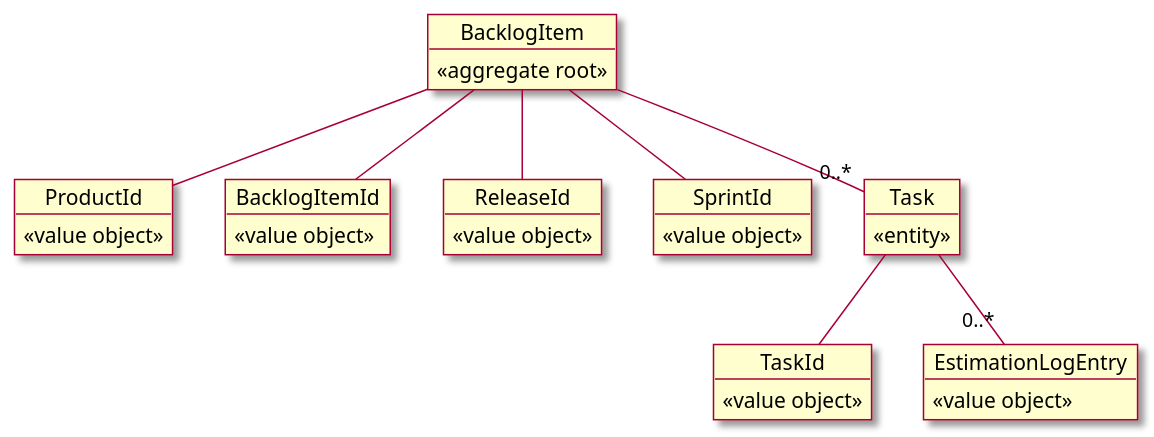
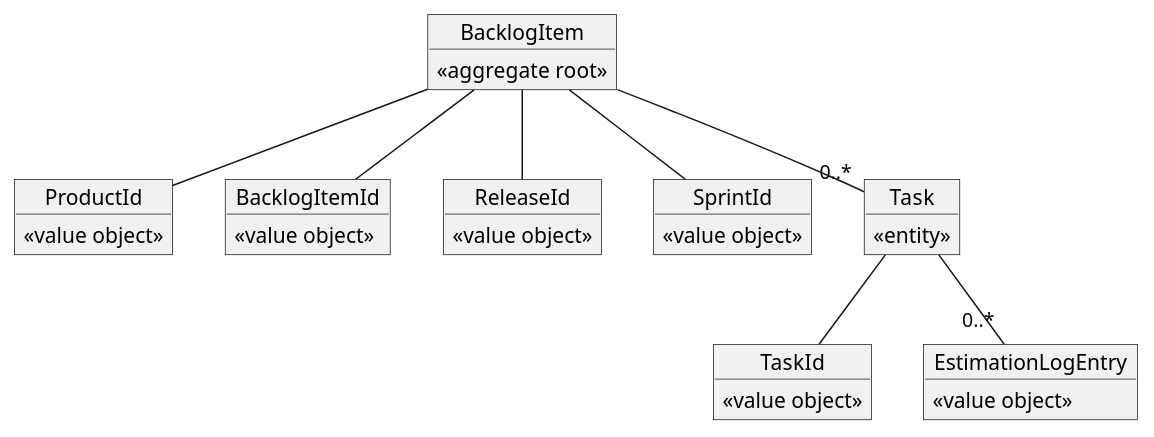
The diagram in sample/backlog-item.puml (zaphiro-technologies/commit-plantuml-action), drawn with PlantUML before and after one commit. The commit also changed 4 other files, not shown here.

```diff
--- a/sample/backlog-item.puml
+++ b/sample/backlog-item.puml
@@ -1,39 +1,38 @@
 @startuml
-skin rose
 skinparam defaultFontName Barlow
 
 object BacklogItem {
   <<aggregate root>>
 }
 object ProductId {
   <<value object>>
 }
 object BacklogItemId {
   <<value object>>
 }
 object ReleaseId {
   <<value object>>
 }
 object SprintId {
   <<value object>>
 }
 
 object Task {
   <<entity>>
 }
 object TaskId {
   <<value object>>
 }
 object EstimationLogEntry {
   <<value object>>
 }
 
 BacklogItem -- BacklogItemId
 BacklogItem -- ProductId
 BacklogItem -- ReleaseId
 BacklogItem -- SprintId
 BacklogItem -- "0..*" Task
 
 Task -- TaskId
 Task -- "0..*" EstimationLogEntry
 @enduml
```
